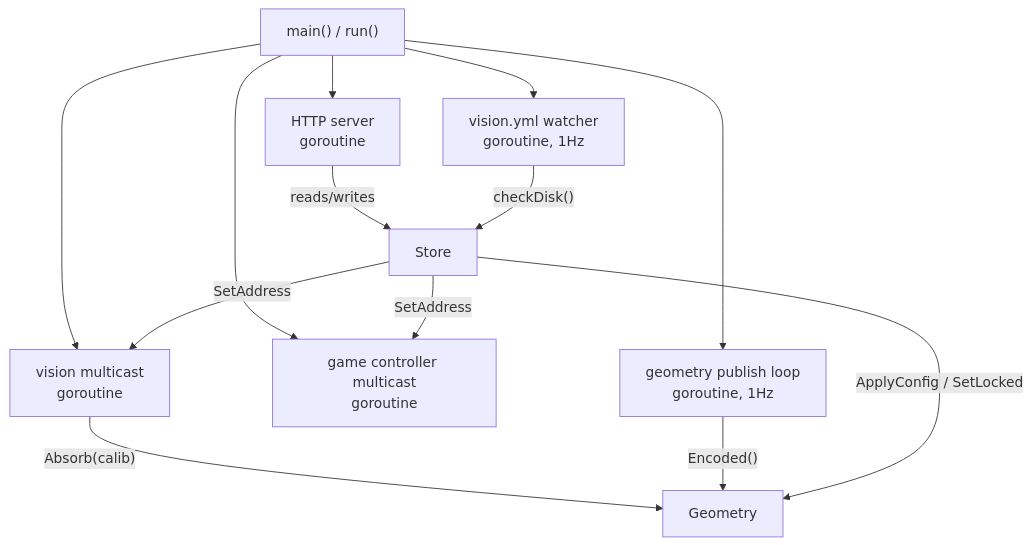
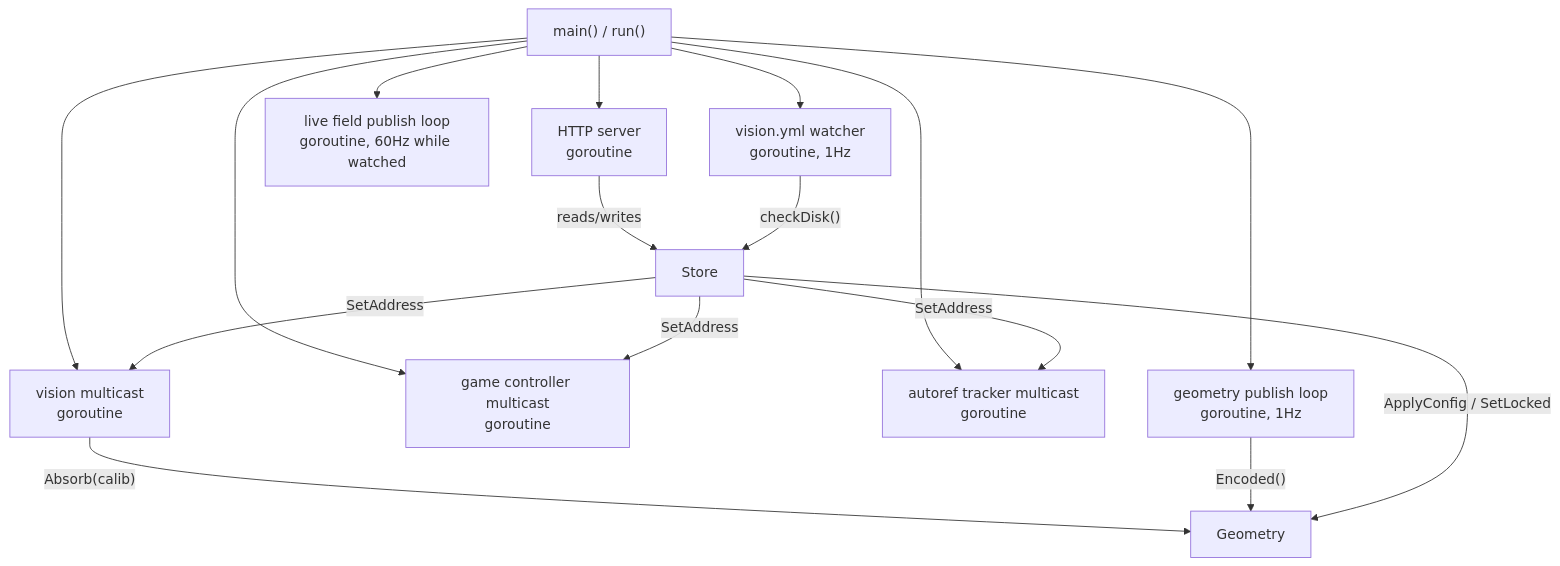
One commit to RoboCup-SSL/ssl-vision-processor changed the second of 4 diagrams in gui/ARCHITECTURE.md. Above: the diagram before and after it, drawn with Mermaid. The commit also changed other lines of this file and 56 other files, not shown here.

Commit message:
initial commit of live field

````diff
--- a/gui/ARCHITECTURE.md
+++ b/gui/ARCHITECTURE.md
@@ -51,22 +51,27 @@
 ```mermaid
 graph TD
     main["main() / run()"]
     http["HTTP server\ngoroutine"]
     vision["vision multicast\ngoroutine"]
     gc["game controller multicast\ngoroutine"]
+    tracker["autoref tracker multicast\ngoroutine"]
     publish["geometry publish loop\ngoroutine, 1Hz"]
     watch["vision.yml watcher\ngoroutine, 1Hz"]
+    live["live field publish loop\ngoroutine, 60Hz while watched"]
 
     main --> http
     main --> vision
     main --> gc
+    main --> tracker
     main --> publish
     main --> watch
+    main --> live
     vision -- "Absorb(calib)" --> Geometry
     publish -- "Encoded()" --> Geometry
     http -- "reads/writes" --> Store
     watch -- "checkDisk()" --> Store
     Store -- "ApplyConfig / SetLocked" --> Geometry
     Store -- "SetAddress" --> vision
     Store -- "SetAddress" --> gc
+    Store -- "SetAddress" --> tracker
 ```
````
